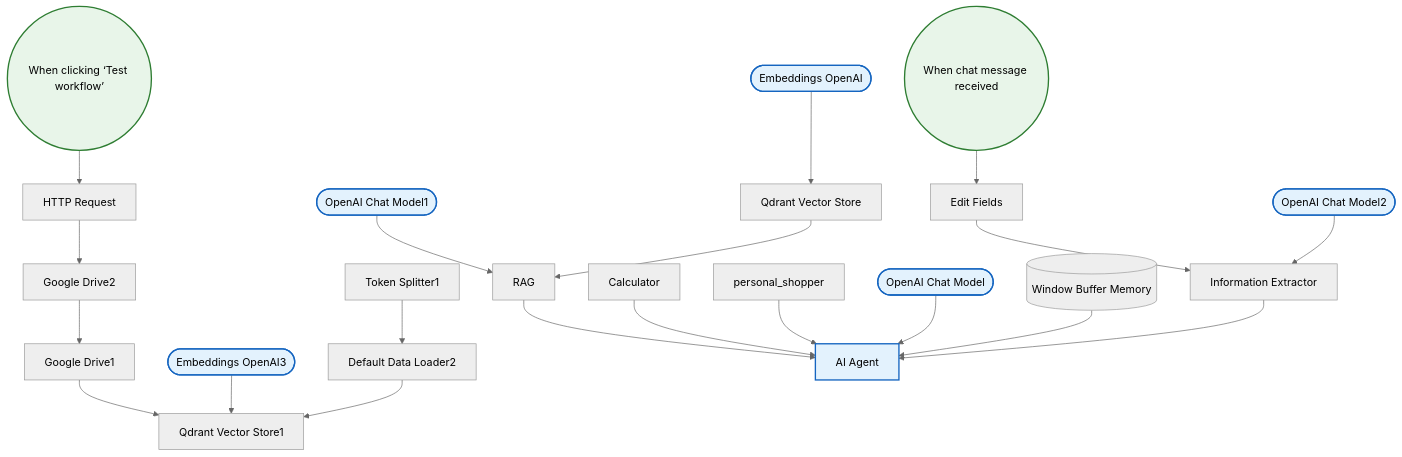
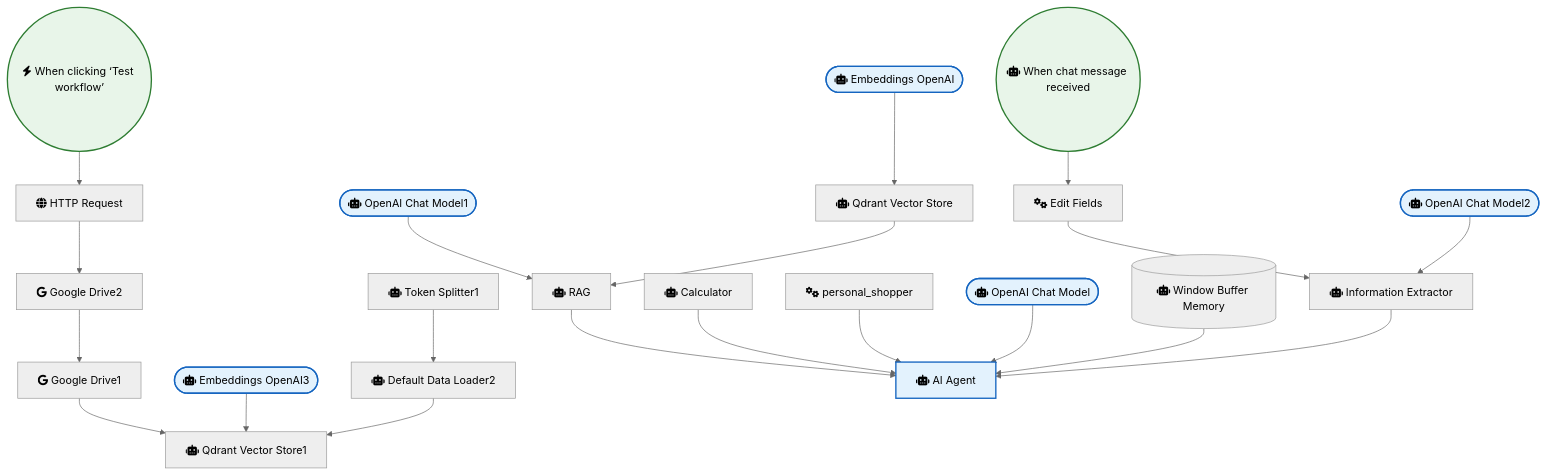
One commit to sreyash3105/N8N-DEMO-AUTOMATIONS changed the diagram in OpenAI_and_LLMs/Openai Personal Shopper with Rag and Woocommerce.md. Above: the diagram before and after it, drawn with Mermaid (neutral theme). The commit also changed 291 other files, not shown here.

````diff
--- a/OpenAI_and_LLMs/Openai Personal Shopper with Rag and Woocommerce.md
+++ b/OpenAI_and_LLMs/Openai Personal Shopper with Rag and Woocommerce.md
@@ -1,48 +1,48 @@
 ```mermaid
 graph TD
     classDef trigger fill:#e8f5e9,stroke:#2e7d32,stroke-width:2px;
     classDef ai fill:#e3f2fd,stroke:#1565c0,stroke-width:2px;
     classDef logic fill:#fff3e0,stroke:#ef6c00,stroke-width:2px;
 
-    When_chat_message_received(("When chat message received")):::trigger
-    Window_Buffer_Memory[("Window Buffer Memory")]
-    Calculator["Calculator"]
-    Edit_Fields["Edit Fields"]
-    OpenAI_Chat_Model(["OpenAI Chat Model"]):::ai
-    RAG["RAG"]
-    Qdrant_Vector_Store["Qdrant Vector Store"]
-    Embeddings_OpenAI(["Embeddings OpenAI"]):::ai
-    OpenAI_Chat_Model1(["OpenAI Chat Model1"]):::ai
-    personal_shopper["personal_shopper"]
-    Information_Extractor["Information Extractor"]
-    OpenAI_Chat_Model2(["OpenAI Chat Model2"]):::ai
-    Google_Drive2["Google Drive2"]
-    Google_Drive1["Google Drive1"]
-    Embeddings_OpenAI3(["Embeddings OpenAI3"]):::ai
-    Default_Data_Loader2["Default Data Loader2"]
-    Token_Splitter1["Token Splitter1"]
-    When_clicking__Test_workflow_(("When clicking ‘Test workflow’")):::trigger
-    HTTP_Request["HTTP Request"]
-    Qdrant_Vector_Store1["Qdrant Vector Store1"]
-    AI_Agent["AI Agent"]:::ai
+    When_chat_message_received(("fas:fa-robot When chat message received")):::trigger
+    Window_Buffer_Memory[("fas:fa-robot Window Buffer Memory")]
+    Calculator["fas:fa-robot Calculator"]
+    Edit_Fields["fas:fa-cogs Edit Fields"]
+    OpenAI_Chat_Model(["fas:fa-robot OpenAI Chat Model"]):::ai
+    RAG["fas:fa-robot RAG"]
+    Qdrant_Vector_Store["fas:fa-robot Qdrant Vector Store"]
+    Embeddings_OpenAI(["fas:fa-robot Embeddings OpenAI"]):::ai
+    OpenAI_Chat_Model1(["fas:fa-robot OpenAI Chat Model1"]):::ai
+    personal_shopper["fas:fa-cogs personal_shopper"]
+    Information_Extractor["fas:fa-robot Information Extractor"]
+    OpenAI_Chat_Model2(["fas:fa-robot OpenAI Chat Model2"]):::ai
+    Google_Drive2["fab:fa-google Google Drive2"]
+    Google_Drive1["fab:fa-google Google Drive1"]
+    Embeddings_OpenAI3(["fas:fa-robot Embeddings OpenAI3"]):::ai
+    Default_Data_Loader2["fas:fa-robot Default Data Loader2"]
+    Token_Splitter1["fas:fa-robot Token Splitter1"]
+    When_clicking__Test_workflow_(("fas:fa-bolt When clicking ‘Test workflow’")):::trigger
+    HTTP_Request["fas:fa-globe HTTP Request"]
+    Qdrant_Vector_Store1["fas:fa-robot Qdrant Vector Store1"]
+    AI_Agent["fas:fa-robot AI Agent"]:::ai
 
     RAG --> AI_Agent
     Calculator --> AI_Agent
     Edit_Fields --> Information_Extractor
     HTTP_Request --> Google_Drive2
     Google_Drive1 --> Qdrant_Vector_Store1
     Google_Drive2 --> Google_Drive1
     Token_Splitter1 --> Default_Data_Loader2
     personal_shopper --> AI_Agent
     Embeddings_OpenAI --> Qdrant_Vector_Store
     OpenAI_Chat_Model --> AI_Agent
     Embeddings_OpenAI3 --> Qdrant_Vector_Store1
     OpenAI_Chat_Model1 --> RAG
     OpenAI_Chat_Model2 --> Information_Extractor
     Qdrant_Vector_Store --> RAG
     Default_Data_Loader2 --> Qdrant_Vector_Store1
     Window_Buffer_Memory --> AI_Agent
     Information_Extractor --> AI_Agent
     When_chat_message_received --> Edit_Fields
     When_clicking__Test_workflow_ --> HTTP_Request
 ```
````
